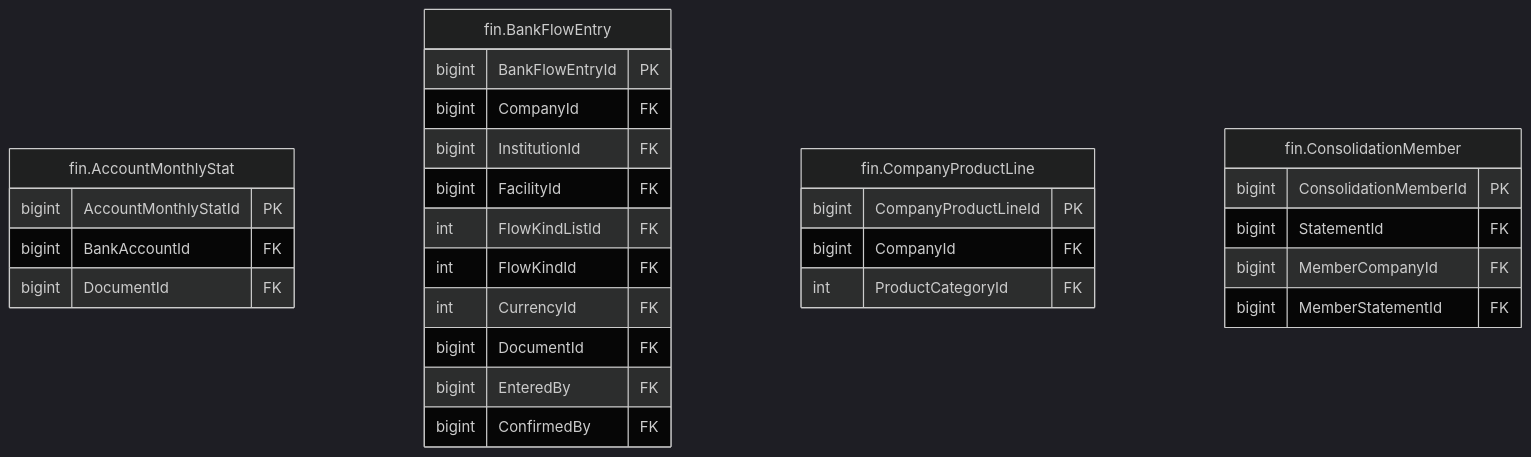
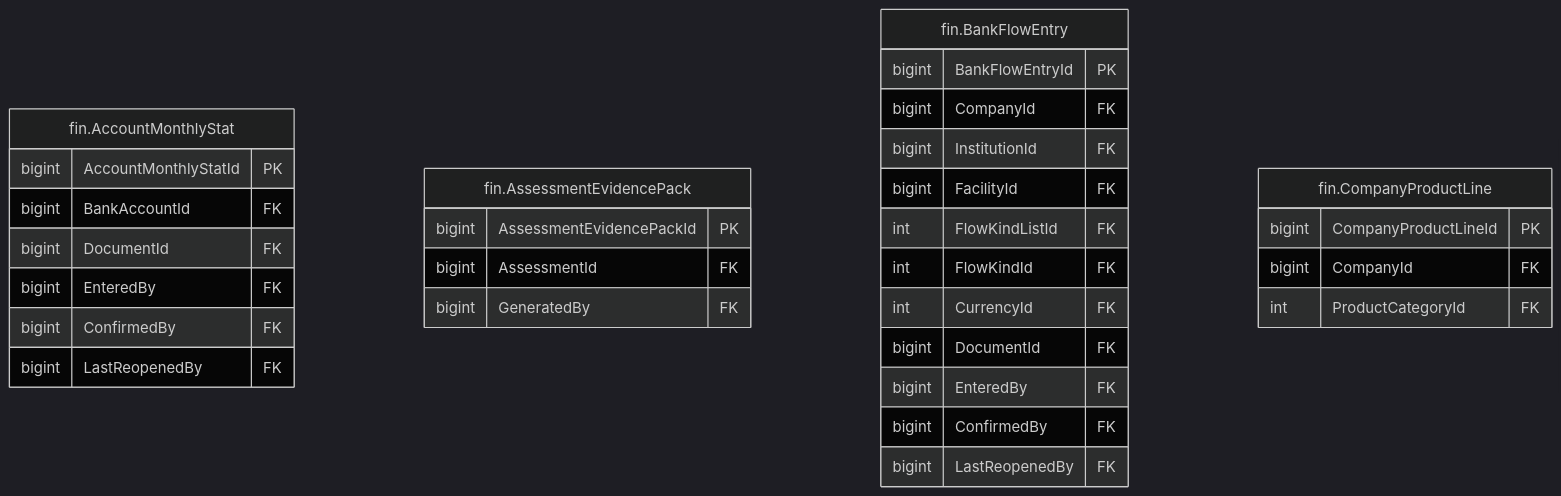
Before and after one commit to thawrasy/smartlines: the diagram in treasury-platform/docs/diagrams/erd/m5_financials_1.mmd, drawn with Mermaid (dark theme). The commit also changed 217 other files, not shown here.

First line of the commit message:
Review v4.0 controls: confirmed monthly figures, evidence pack, calibration, risk officer, provision matrix (ADR 0030)

```diff
--- a/treasury-platform/docs/diagrams/erd/m5_financials_1.mmd
+++ b/treasury-platform/docs/diagrams/erd/m5_financials_1.mmd
@@ -1,30 +1,33 @@
 %% م5 · البيانات المالية والأرصدة (1/14) — Financial statements & balances
 erDiagram
   fin_AccountMonthlyStat["fin.AccountMonthlyStat"] {
     bigint AccountMonthlyStatId PK
     bigint BankAccountId FK
     bigint DocumentId FK
+    bigint EnteredBy FK
+    bigint ConfirmedBy FK
+    bigint LastReopenedBy FK
+  }
+  fin_AssessmentEvidencePack["fin.AssessmentEvidencePack"] {
+    bigint AssessmentEvidencePackId PK
+    bigint AssessmentId FK
+    bigint GeneratedBy FK
   }
   fin_BankFlowEntry["fin.BankFlowEntry"] {
     bigint BankFlowEntryId PK
     bigint CompanyId FK
     bigint InstitutionId FK
     bigint FacilityId FK
     int FlowKindListId FK
     int FlowKindId FK
     int CurrencyId FK
     bigint DocumentId FK
     bigint EnteredBy FK
     bigint ConfirmedBy FK
+    bigint LastReopenedBy FK
   }
   fin_CompanyProductLine["fin.CompanyProductLine"] {
     bigint CompanyProductLineId PK
     bigint CompanyId FK
     int ProductCategoryId FK
   }
-  fin_ConsolidationMember["fin.ConsolidationMember"] {
-    bigint ConsolidationMemberId PK
-    bigint StatementId FK
-    bigint MemberCompanyId FK
-    bigint MemberStatementId FK
-  }
```
